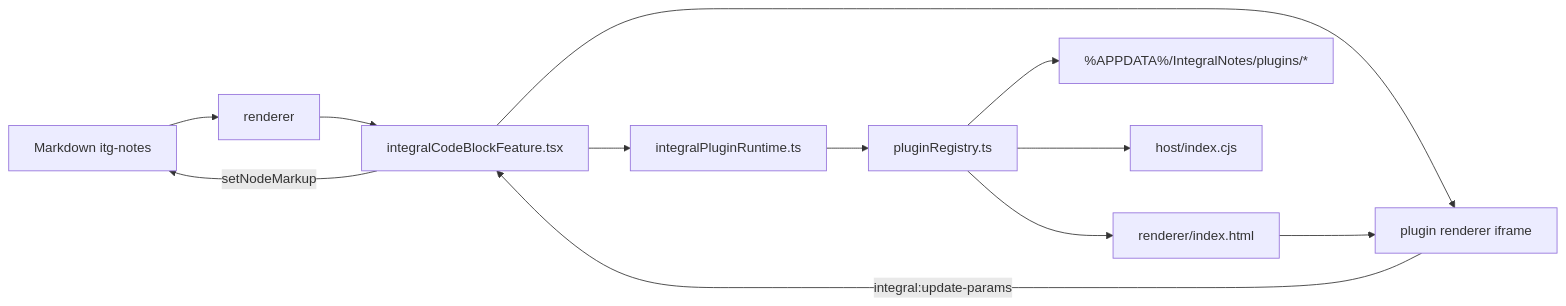
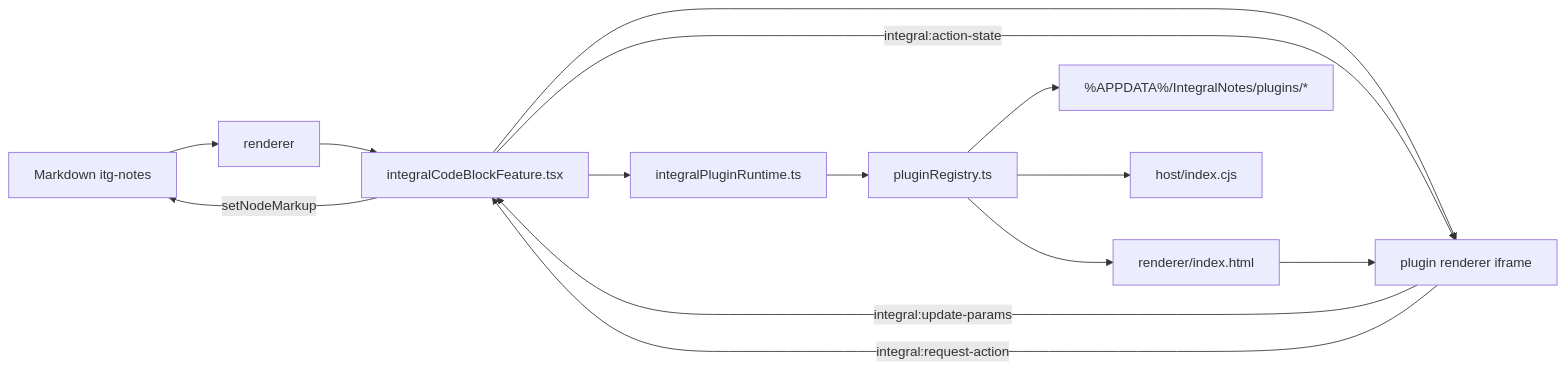
The first of 2 diagrams in docs/20_アーキテクチャ/pluginシステム.md (kaY-hR/IntegralNotes), drawn with Mermaid before and after one commit. The commit also changed other lines of this file and 10 other files, not shown here.

````diff
--- a/docs/20_アーキテクチャ/pluginシステム.md
+++ b/docs/20_アーキテクチャ/pluginシステム.md
@@ -176,14 +204,16 @@
 ```mermaid
 flowchart LR
   Note["Markdown itg-notes"] --> Renderer["renderer"]
   Renderer --> NodeView["integralCodeBlockFeature.tsx"]
   NodeView --> Iframe["plugin renderer iframe"]
   Iframe -->|integral:update-params| NodeView
+  Iframe -->|integral:request-action| NodeView
+  NodeView -->|integral:action-state| Iframe
   NodeView -->|setNodeMarkup| Note
   NodeView --> Runtime["integralPluginRuntime.ts"]
   Runtime --> Main["pluginRegistry.ts"]
   Main --> Installed["%APPDATA%/IntegralNotes/plugins/*"]
   Main --> Host["host/index.cjs"]
   Main --> Html["renderer/index.html"]
   Html --> Iframe
 ```
````
